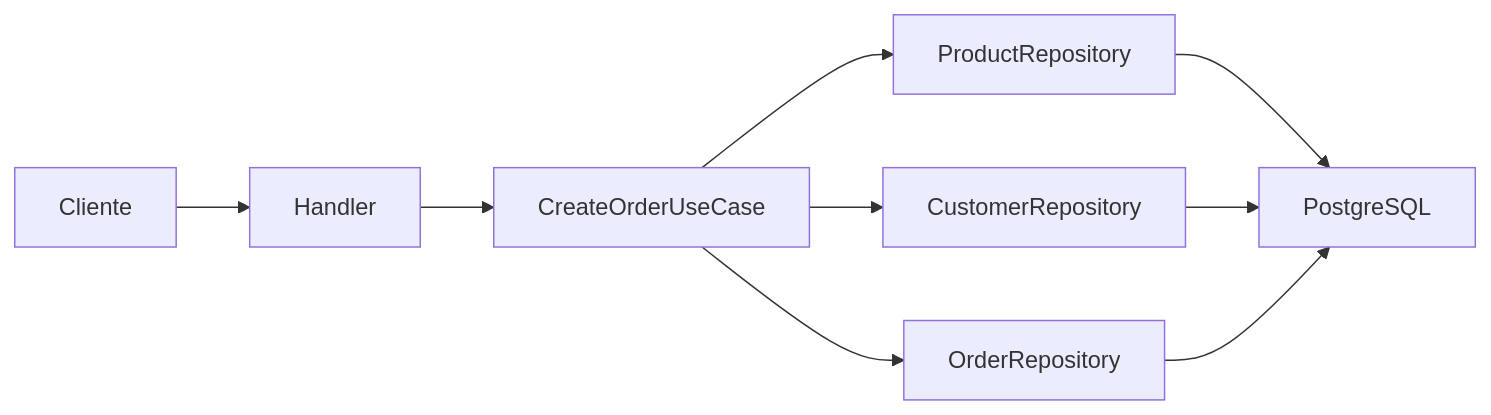
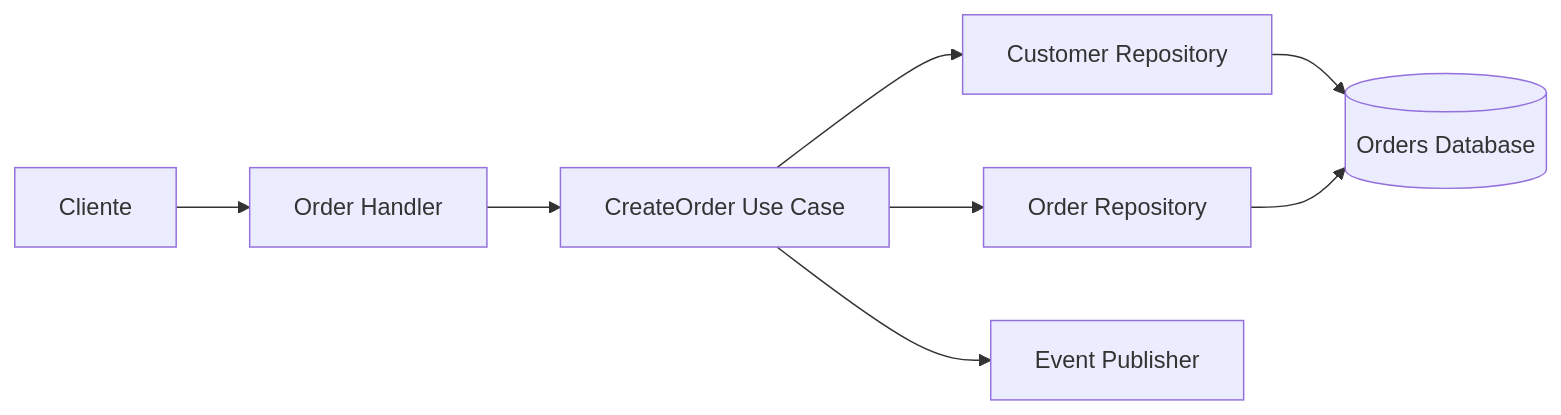
Before and after one commit to BiancaSalomao1/desafio-go: the fifth of 8 diagrams in orders-api/docs/architecture.md, drawn with Mermaid. The commit also changed other lines of this file and 16 other files, not shown here.

````diff
--- a/orders-api/docs/architecture.md
+++ b/orders-api/docs/architecture.md
@@ -71,19 +155,28 @@
 ```mermaid
 flowchart LR
 
-Cliente --> Handler
+    Client["Cliente"]
 
-Handler --> CreateOrderUseCase
+    Handler["Order Handler"]
 
-CreateOrderUseCase --> CustomerRepository
+    UseCase["CreateOrder Use Case"]
 
-CreateOrderUseCase --> ProductRepository
+    CustomerRepository["Customer Repository"]
 
-CreateOrderUseCase --> OrderRepository
+    OrderRepository["Order Repository"]
 
-ProductRepository --> PostgreSQL
+    Publisher["Event Publisher"]
 
-CustomerRepository --> PostgreSQL
+    Database[("Orders Database")]
 
-OrderRepository --> PostgreSQL
+    Client --> Handler
+
+    Handler --> UseCase
+
+    UseCase --> CustomerRepository
+    UseCase --> OrderRepository
+    UseCase --> Publisher
+
+    CustomerRepository --> Database
+    OrderRepository --> Database
 ```
````
